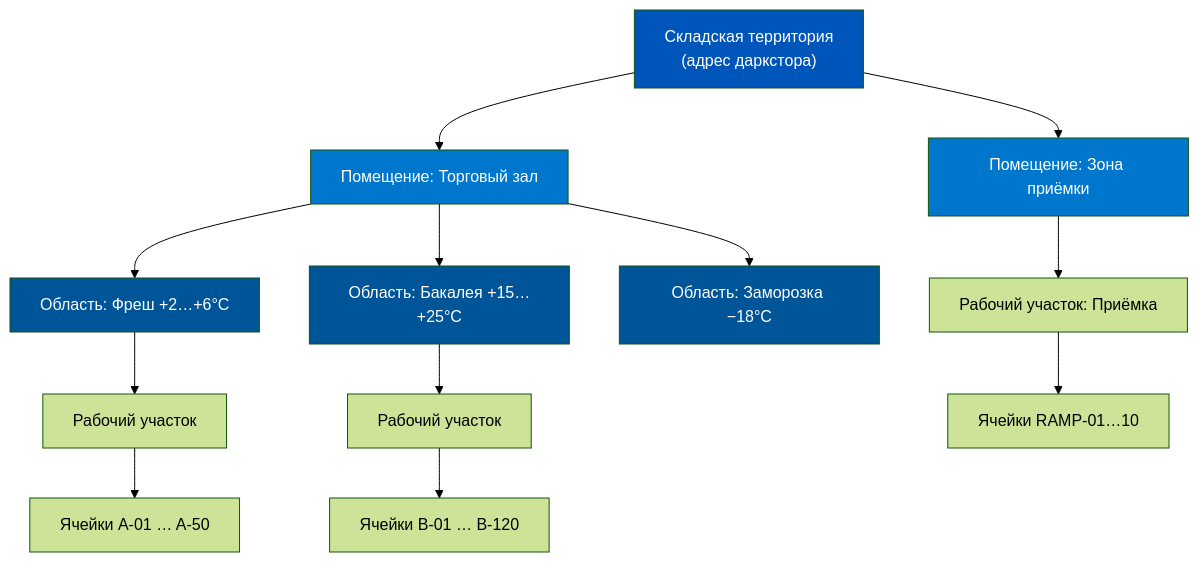
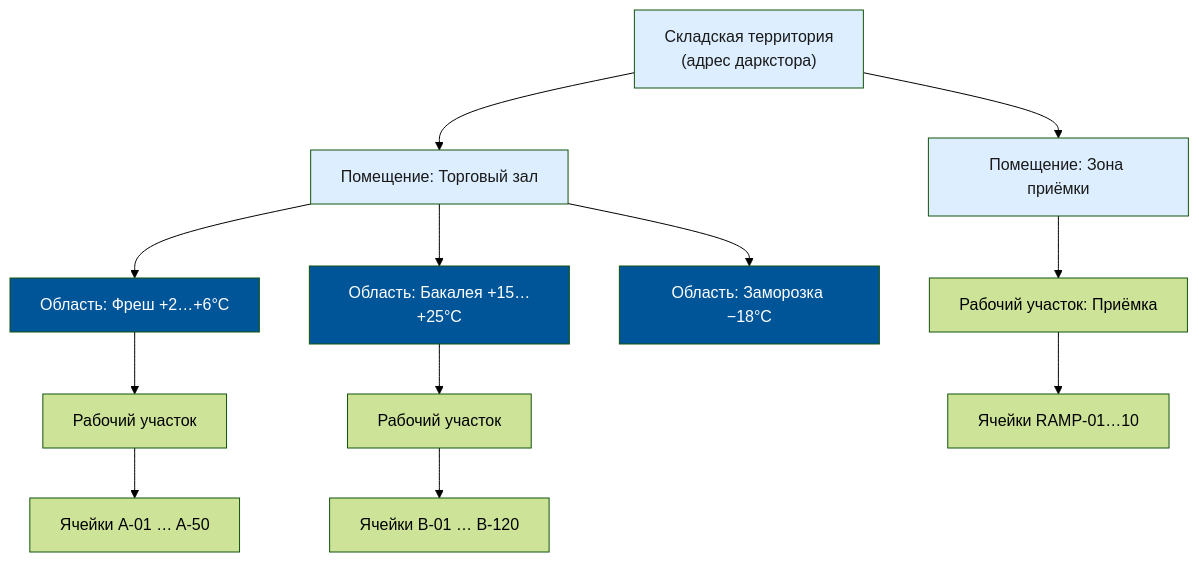
The fourth of 5 diagrams in content/1c-erp/week_1/Неделя 1 - День 2 - Архитектура предприятия.md (murad1986/1c-erp-quartz), drawn with Mermaid (forest theme) before and after one commit. The commit also changed other lines of this file and 57 other files, not shown here.

First line of the commit message:
fix: Mermaid — пастельные цвета в источниках диаграмм (56 файлов)

````diff
--- a/content/1c-erp/week_1/Неделя 1 - День 2 - Архитектура предприятия.md
+++ b/content/1c-erp/week_1/Неделя 1 - День 2 - Архитектура предприятия.md
@@ -360,22 +360,22 @@
 ```mermaid
 graph TD
     T["Складская территория<br/>(адрес даркстора)"]
     T --> P1["Помещение: Торговый зал"]
     T --> P2["Помещение: Зона приёмки"]
     P1 --> A1["Область: Фреш +2…+6°C"]
     P1 --> A2["Область: Бакалея +15…+25°C"]
     P1 --> A3["Область: Заморозка −18°C"]
     A1 --> R1["Рабочий участок"]
     A2 --> R2["Рабочий участок"]
     R1 --> C1["Ячейки A-01 … A-50"]
     R2 --> C2["Ячейки B-01 … B-120"]
     P2 --> R3["Рабочий участок: Приёмка"]
     R3 --> C3["Ячейки RAMP-01…10"]
 
-    style T fill:#0055BB,color:#fff
-    style P1 fill:#0077CC,color:#fff
-    style P2 fill:#0077CC,color:#fff
+    style T fill:#dceeff,color:#1a1a1a
+    style P1 fill:#dceeff,color:#1a1a1a
+    style P2 fill:#dceeff,color:#1a1a1a
     style A1 fill:#005599,color:#fff
     style A2 fill:#005599,color:#fff
     style A3 fill:#005599,color:#fff
 ```
````
